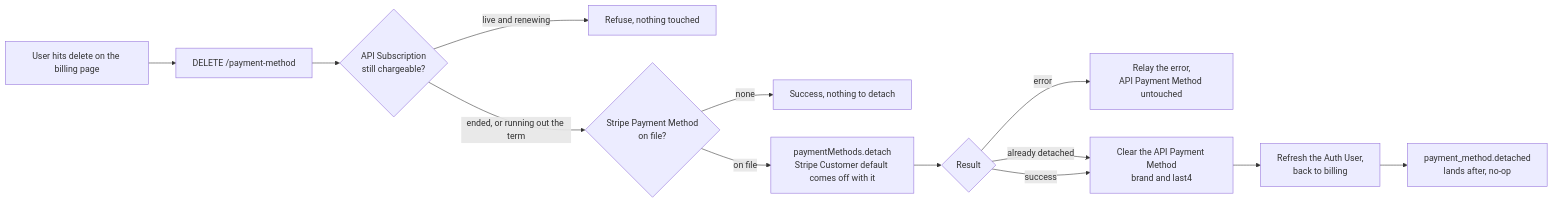
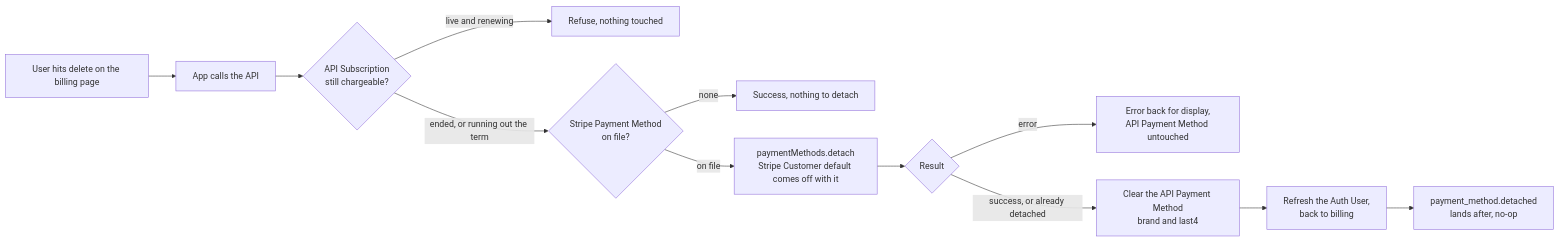
One commit to websanova/starter-flows changed the diagram in public/specs/flows/payment-method/stripe/Delete.md. Above: the diagram before and after it, drawn with Mermaid. The commit also changed other lines of this file and 4 other files, not shown here.

Commit message:
Update the remaining smaller flows into the new format.

````diff
--- a/public/specs/flows/payment-method/stripe/Delete.md
+++ b/public/specs/flows/payment-method/stripe/Delete.md
@@ -42,19 +40,14 @@
 ```mermaid
 flowchart LR
-    A[User hits delete on the billing page] --> B["DELETE /payment-method"]
+    A[User hits delete on the billing page] --> B[App calls the API]
     B --> C{API Subscription<br/>still chargeable?}
-
     C -->|live and renewing| D[Refuse, nothing touched]
     C -->|ended, or running out the term| E{Stripe Payment Method<br/>on file?}
-
     E -->|none| F[Success, nothing to detach]
     E -->|on file| G["paymentMethods.detach<br/>Stripe Customer default comes off with it"]
-
     G --> H{Result}
-    H -->|error| I[Relay the error,<br/>API Payment Method untouched]
-    H -->|already detached| J
-    H -->|success| J["Clear the API Payment Method<br/>brand and last4"]
-
+    H -->|error| I[Error back for display,<br/>API Payment Method untouched]
+    H -->|"success, or already detached"| J["Clear the API Payment Method<br/>brand and last4"]
     J --> K[Refresh the Auth User,<br/>back to billing]
     K --> L["payment_method.detached<br/>lands after, no-op"]
 ```
````
